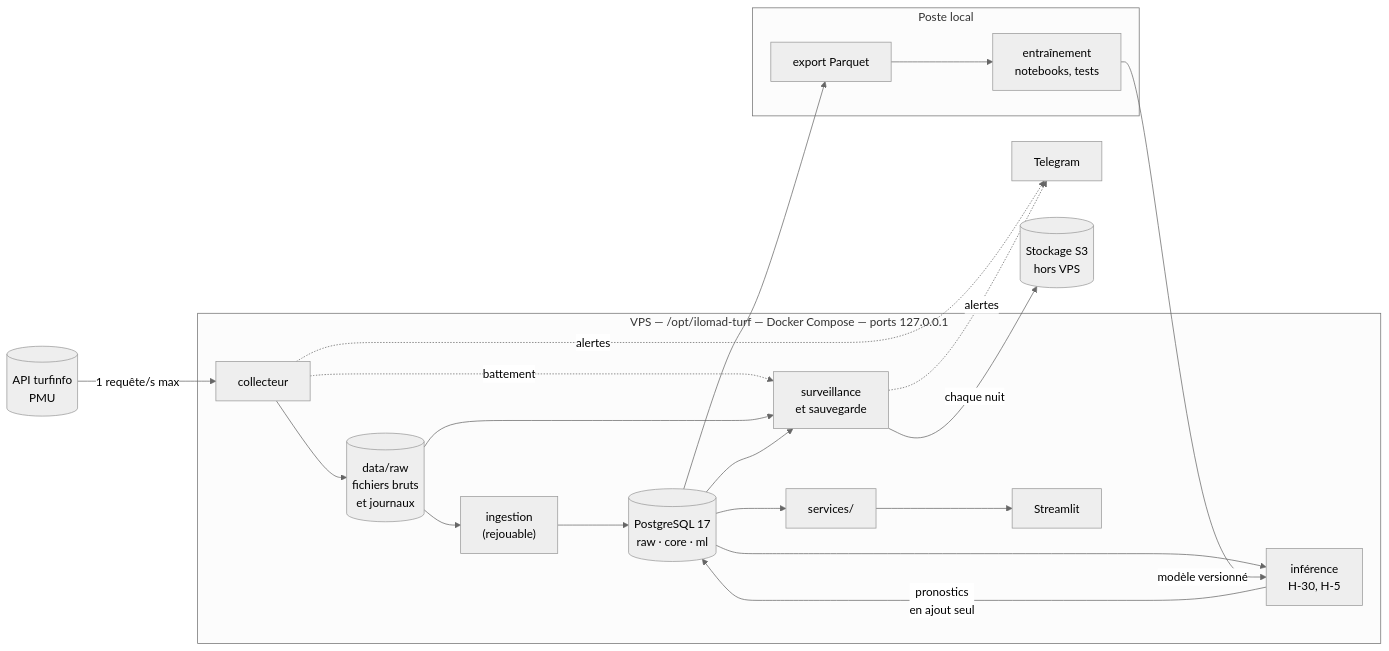
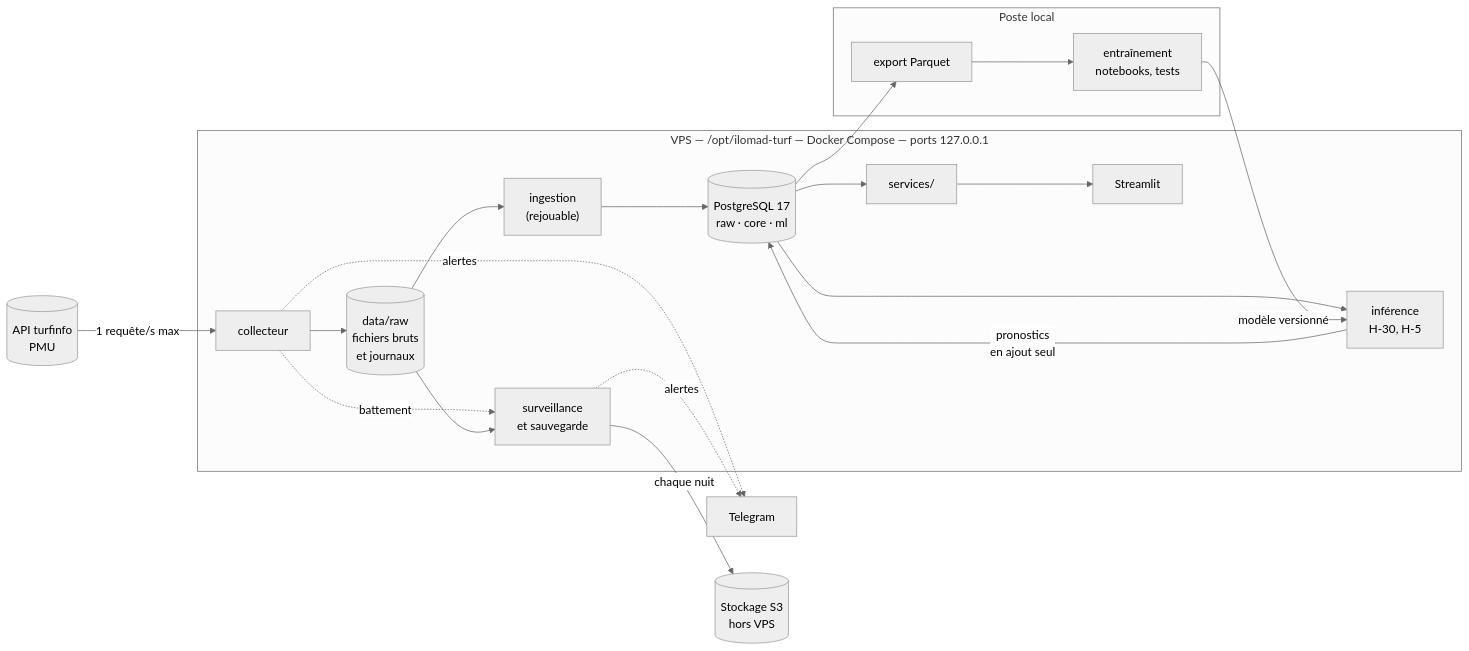
Before and after one commit to ilomad55-pixel/ilomad-turf: the diagram in docs/ARCHITECTURE-TECHNIQUE.md, drawn with Mermaid (neutral theme). The commit also changed other lines of this file and 69 other files, not shown here.

````diff
--- a/docs/ARCHITECTURE-TECHNIQUE.md
+++ b/docs/ARCHITECTURE-TECHNIQUE.md
@@ -13,35 +13,34 @@
 ```mermaid
 flowchart LR
     PMU[("API turfinfo<br/>PMU")]
     TG["Telegram"]
     S3[("Stockage S3<br/>hors VPS")]
 
     subgraph VPS["VPS — /opt/ilomad-turf — Docker Compose — ports 127.0.0.1"]
         COL["collecteur"]
         RAW[("data/raw<br/>fichiers bruts<br/>et journaux")]
         SURV["surveillance<br/>et sauvegarde"]
         ING["ingestion<br/>(rejouable)"]
         PG[("PostgreSQL 17<br/>raw · core · ml")]
         INF["inférence<br/>H-30, H-5"]
         SVC["services/"]
         APP["Streamlit"]
     end
 
     subgraph LOCAL["Poste local"]
         PQ["export Parquet"]
         TRAIN["entraînement<br/>notebooks, tests"]
     end
 
     PMU -->|"1 requête/s max"| COL
     COL --> RAW
     COL -.->|"battement"| SURV
     RAW --> SURV -->|"chaque nuit"| S3
     COL -.->|alertes| TG
     SURV -.->|alertes| TG
     RAW --> ING --> PG
     PG --> INF -->|"pronostics<br/>en ajout seul"| PG
     PG --> SVC --> APP
-    PG --> SURV
     PG --> PQ --> TRAIN
     TRAIN -->|"modèle versionné"| INF
 ```
````
